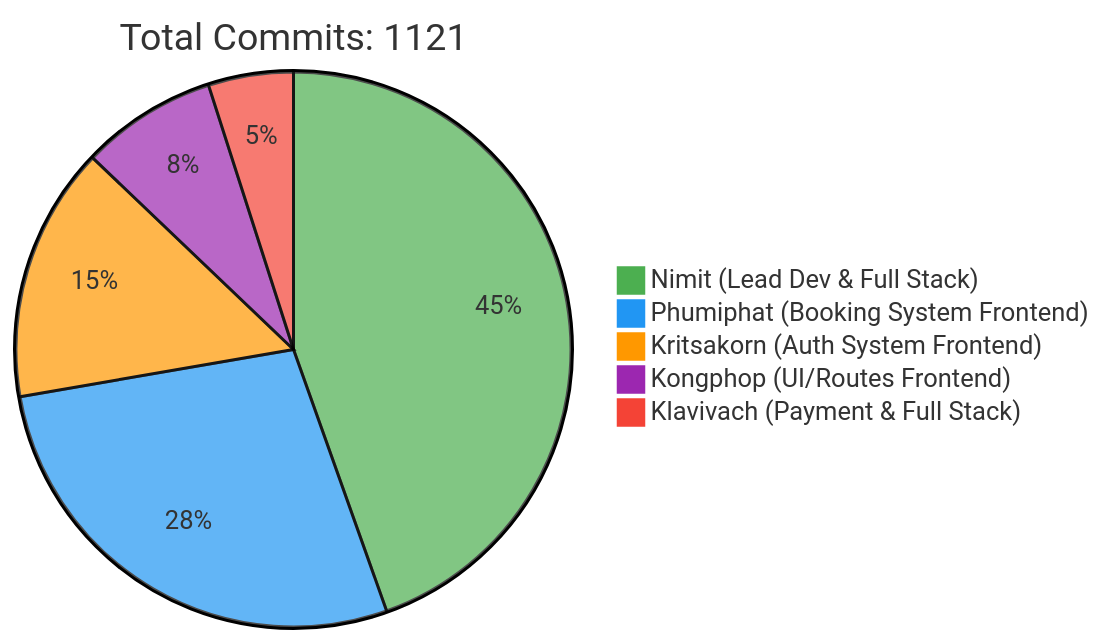
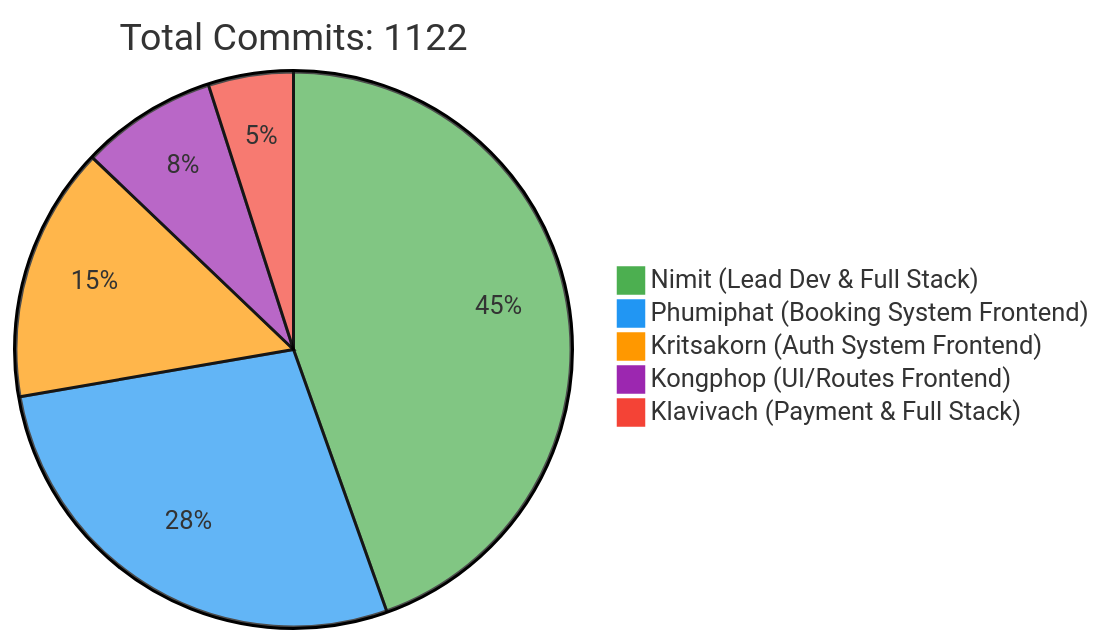
The first of 2 diagrams in README.md (6531503042/Sport-Complex), drawn with Mermaid before and after one commit. The commit also changed other lines of this file, not shown here.

Commit message:
docs: Update contributor statistics [skip ci]

````diff
--- a/README.md
+++ b/README.md
@@ -257,10 +257,10 @@
 ```mermaid
 %%{init: {'theme': 'base', 'themeVariables': { 'pie1': '#4CAF50', 'pie2': '#2196F3', 'pie3': '#FF9800', 'pie4': '#9C27B0', 'pie5': '#F44336'}}}%%
 pie
-    title Total Commits: 1121
+    title Total Commits: 1122
     "Nimit (Lead Dev & Full Stack)" : 450
     "Phumiphat (Booking System Frontend)" : 280
     "Kritsakorn (Auth System Frontend)" : 150
     "Kongphop (UI/Routes Frontend)" : 80
     "Klavivach (Payment & Full Stack)" : 50
 ```
````
